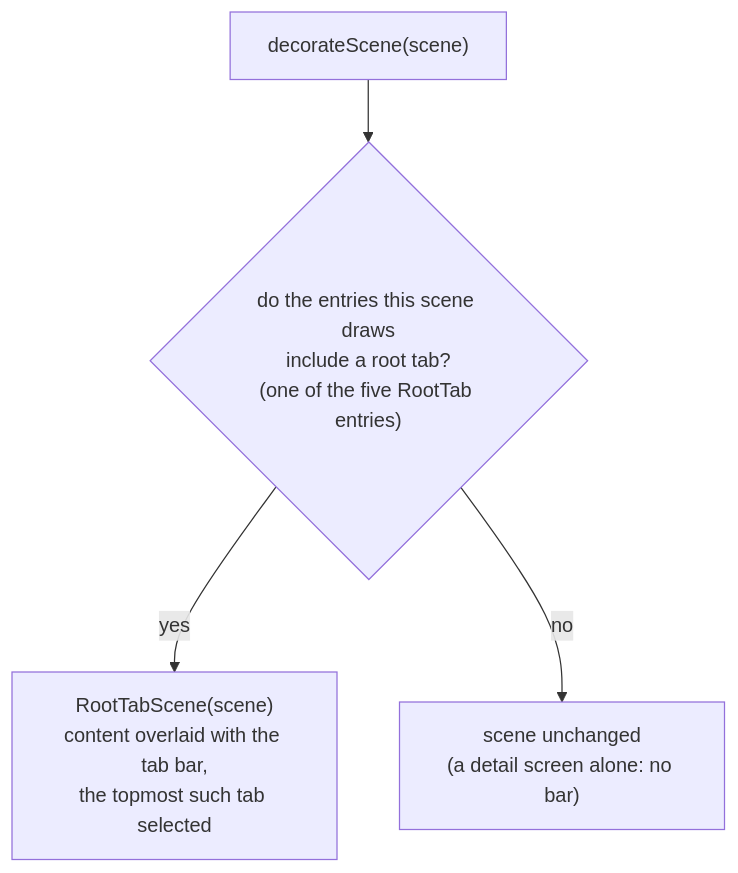
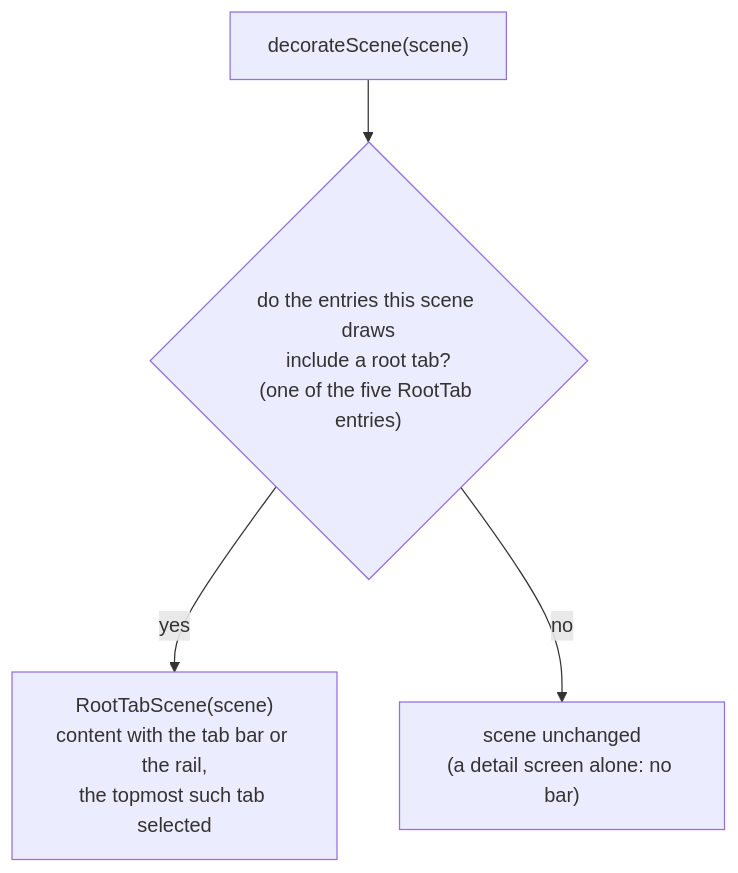
Before and after one commit to Cjsghkd/conference-app-2026: the diagram in docs/navigation-root-tab-bar.md, drawn with Mermaid. The commit also changed other lines of this file, not shown here.

````diff
--- a/docs/navigation-root-tab-bar.md
+++ b/docs/navigation-root-tab-bar.md
@@ -9,6 +9,6 @@
 ```mermaid
 flowchart TD
   a["decorateScene(scene)"] --> b{"do the entries this scene draws<br/>include a root tab?<br/>(one of the five RootTab entries)"}
-  b -- yes --> c["RootTabScene(scene)<br/>content overlaid with the tab bar,<br/>the topmost such tab selected"]
+  b -- yes --> c["RootTabScene(scene)<br/>content with the tab bar or the rail,<br/>the topmost such tab selected"]
   b -- no --> d["scene unchanged<br/>(a detail screen alone: no bar)"]
 ```
````
